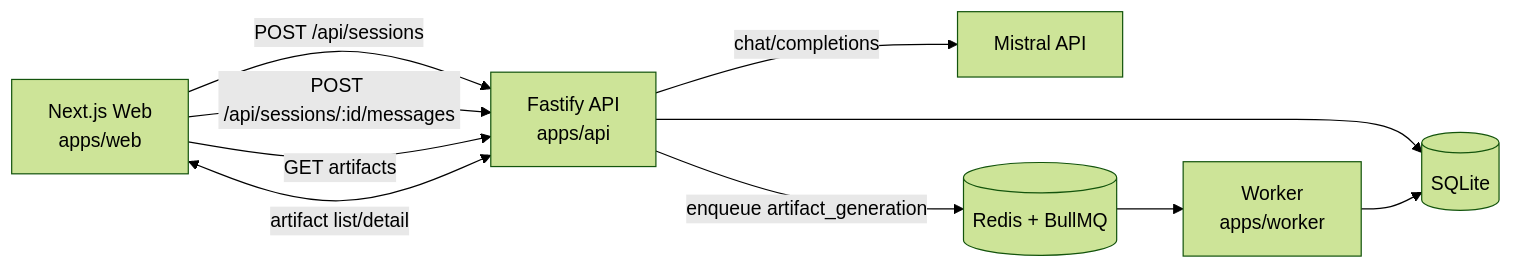
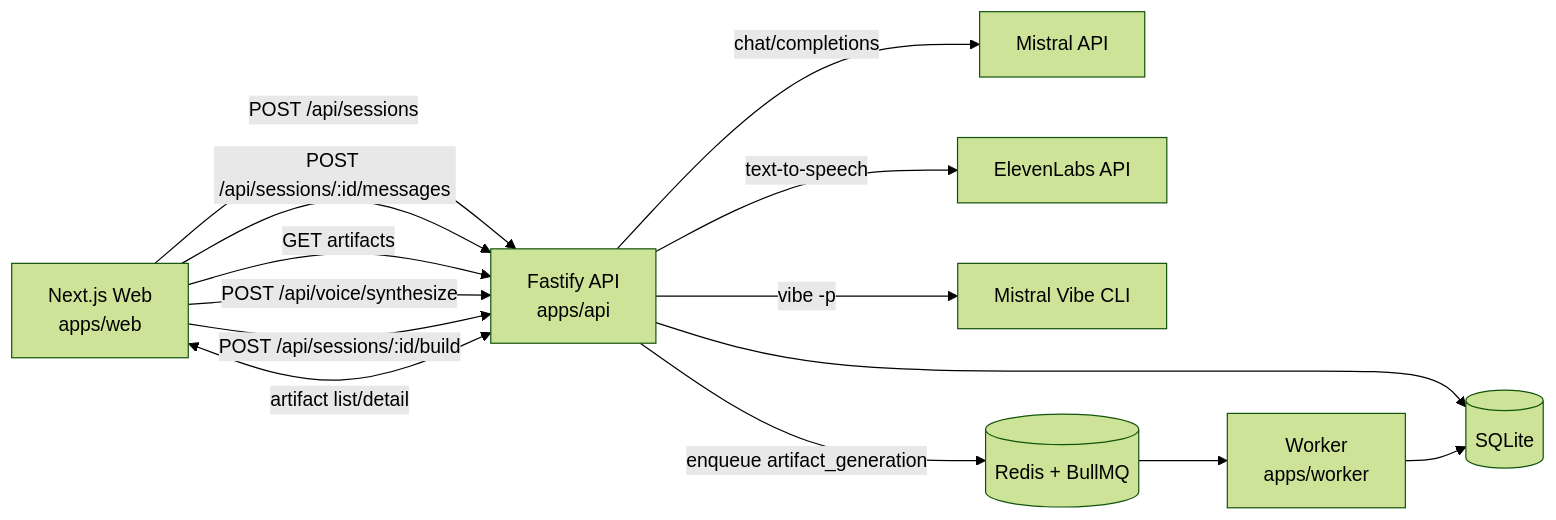
Before and after one commit to patrickpassosb/the-architect: the diagram in docs/ARCHITECTURE.md, drawn with Mermaid (forest theme). The commit also changed other lines of this file and 12 other files, not shown here.

First line of the commit message:
feat(api,web,core,types,docs): add voice synthesis and Vibe build workflow with architecture workspace

````diff
--- a/docs/ARCHITECTURE.md
+++ b/docs/ARCHITECTURE.md
@@ -15,12 +15,16 @@
 ```mermaid
 flowchart LR
   W[Next.js Web\napps/web] -->|POST /api/sessions| A[Fastify API\napps/api]
   W -->|POST /api/sessions/:id/messages| A
   W -->|GET artifacts| A
   A -->|chat/completions| M[Mistral API]
+  A -->|text-to-speech| E[ElevenLabs API]
+  W -->|POST /api/voice/synthesize| A
+  W -->|POST /api/sessions/:id/build| A
+  A -->|vibe -p <prompt>| V[Mistral Vibe CLI]
   A -->|enqueue artifact_generation| Q[(Redis + BullMQ)]
   Q --> WK[Worker\napps/worker]
   A --> DB[(SQLite)]
   WK --> DB
   W <-->|artifact list/detail| A
 ```
````
